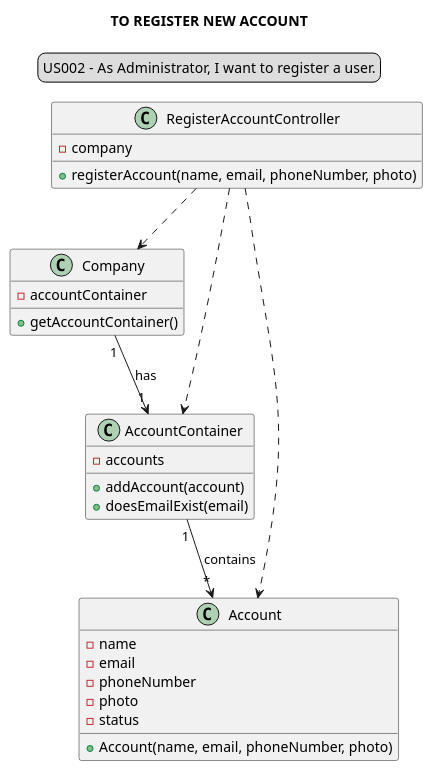
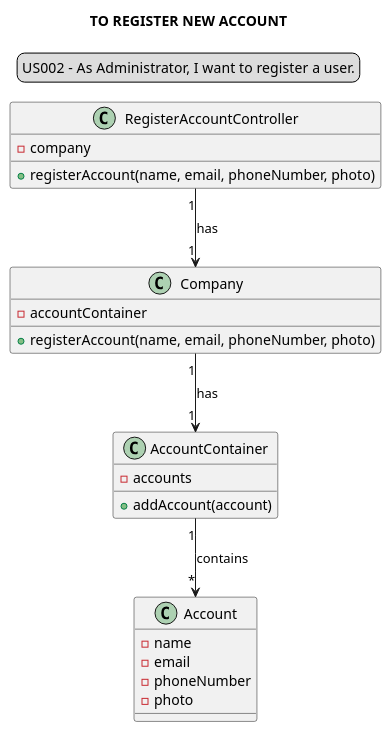
The diagram in docs/modelling_design/user_stories/us002/US002_classDiagram.puml (Loracline/project_switch_22-23), drawn with PlantUML before and after one commit. The commit also changed 5 other files, not shown here.

Commit message:
US002|US014: Design: Refined class and sequence diagrams; US002: Development: Added registerAccount method to class Company, and refined registerAccount method in class RegisterAccountController

```diff
--- a/docs/modelling_design/user_stories/us002/US002_classDiagram.puml
+++ b/docs/modelling_design/user_stories/us002/US002_classDiagram.puml
@@ -1,40 +1,35 @@
 @startuml
 
 skinparam sequenceMessageAlign center
 title TO REGISTER NEW ACCOUNT
 legend top
 US002 - As Administrator, I want to register a user.
 end legend
 
 class "RegisterAccountController" {
 -company
 +registerAccount(name, email, phoneNumber, photo)
 }
 
 class "Company" {
 -accountContainer
-+getAccountContainer()
++registerAccount(name, email, phoneNumber, photo)
 }
 
 class "AccountContainer"{
 -accounts
 +addAccount(account)
-+doesEmailExist(email)
 }
 
 class "Account" {
 -name
 -email
 -phoneNumber
 -photo
--status
-+Account(name, email, phoneNumber, photo)
 }
 
-"RegisterAccountController" ..>  "Company"
-"RegisterAccountController" ..> "Account"
-"RegisterAccountController" ..> "AccountContainer"
+"RegisterAccountController" "1" --> "1" "Company": has
 "Company" "1"-->"1" "AccountContainer": has
 "AccountContainer" "1"-->"*" "Account": contains
 
 @enduml
```
